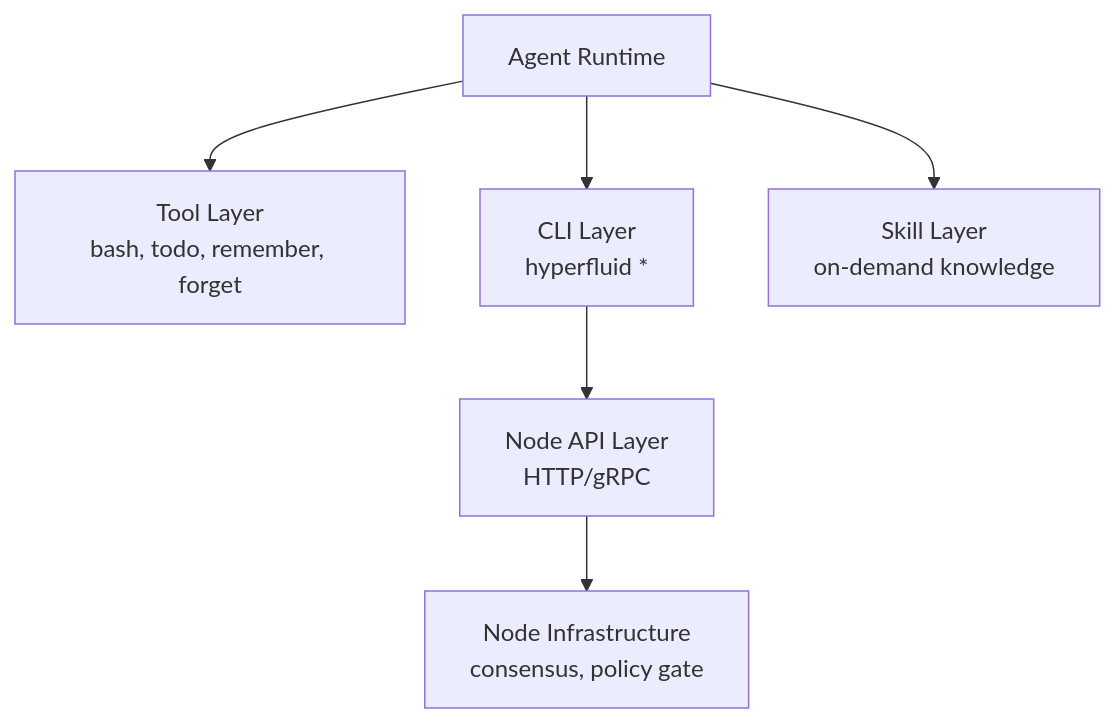
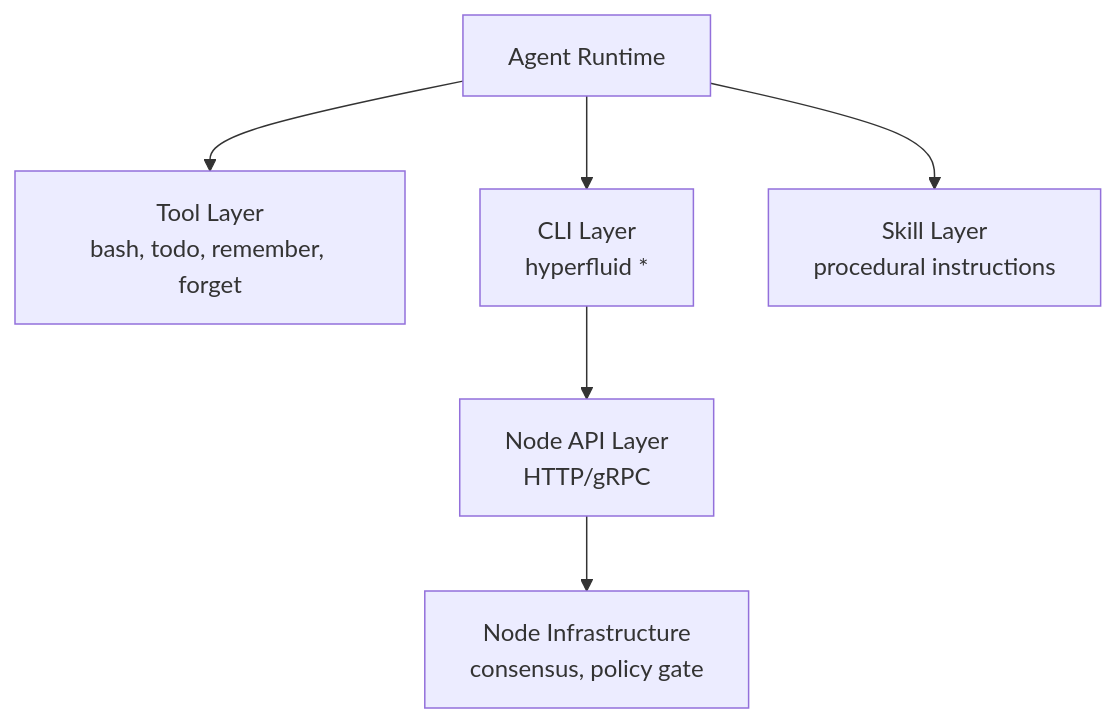
The first of 2 diagrams in docs/01-research/agents/agent-tools-spec.md (TheNoobiCat/Hyperfluid), drawn with Mermaid before and after one commit. The commit also changed other lines of this file and 3 other files, not shown here.

````diff
--- a/docs/01-research/agents/agent-tools-spec.md
+++ b/docs/01-research/agents/agent-tools-spec.md
@@ -36,13 +36,13 @@
 ```mermaid
 flowchart TD
     Agent["Agent Runtime"]
     Tools["Tool Layer<br/>bash, todo, remember, forget"]
     CLI["CLI Layer<br/>hyperfluid *"]
-    Skills["Skill Layer<br/>on-demand knowledge"]
+    Skills["Skill Layer<br/>procedural instructions"]
     API["Node API Layer<br/>HTTP/gRPC"]
     Node["Node Infrastructure<br/>consensus, policy gate"]
 
     Agent --> Tools
     Agent --> CLI --> API --> Node
     Agent --> Skills
 ```
````
